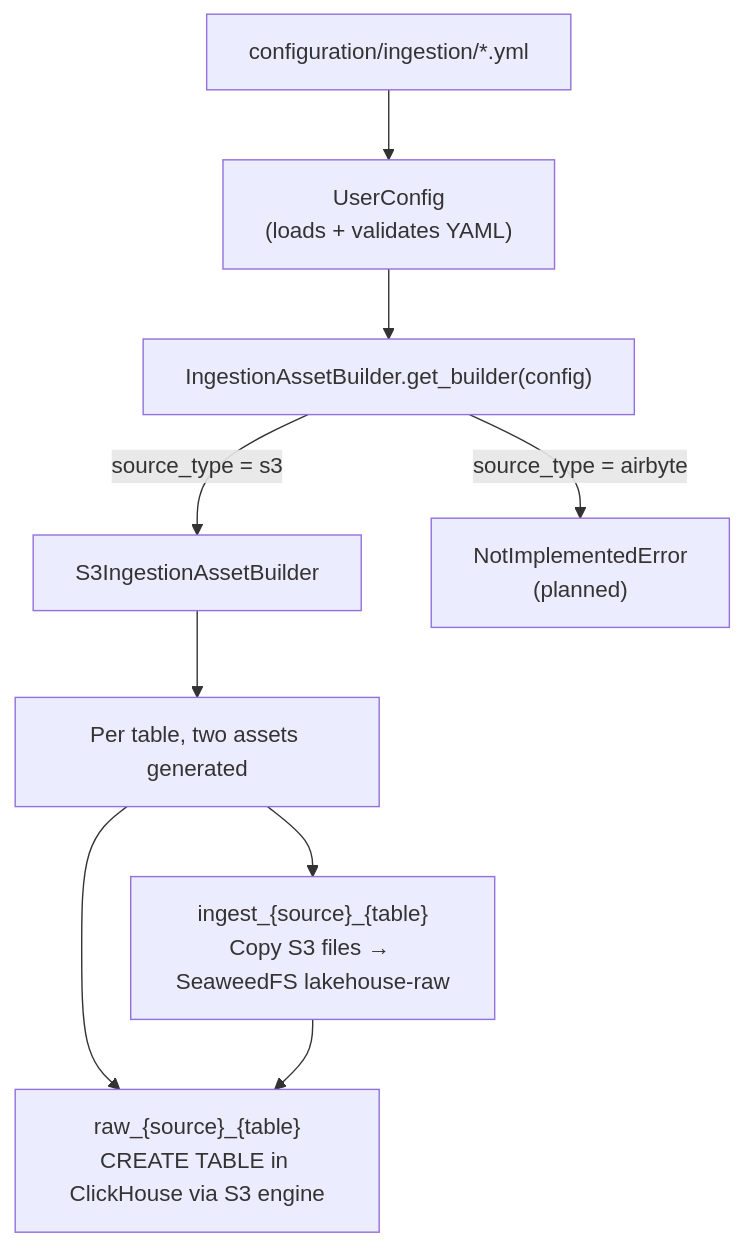
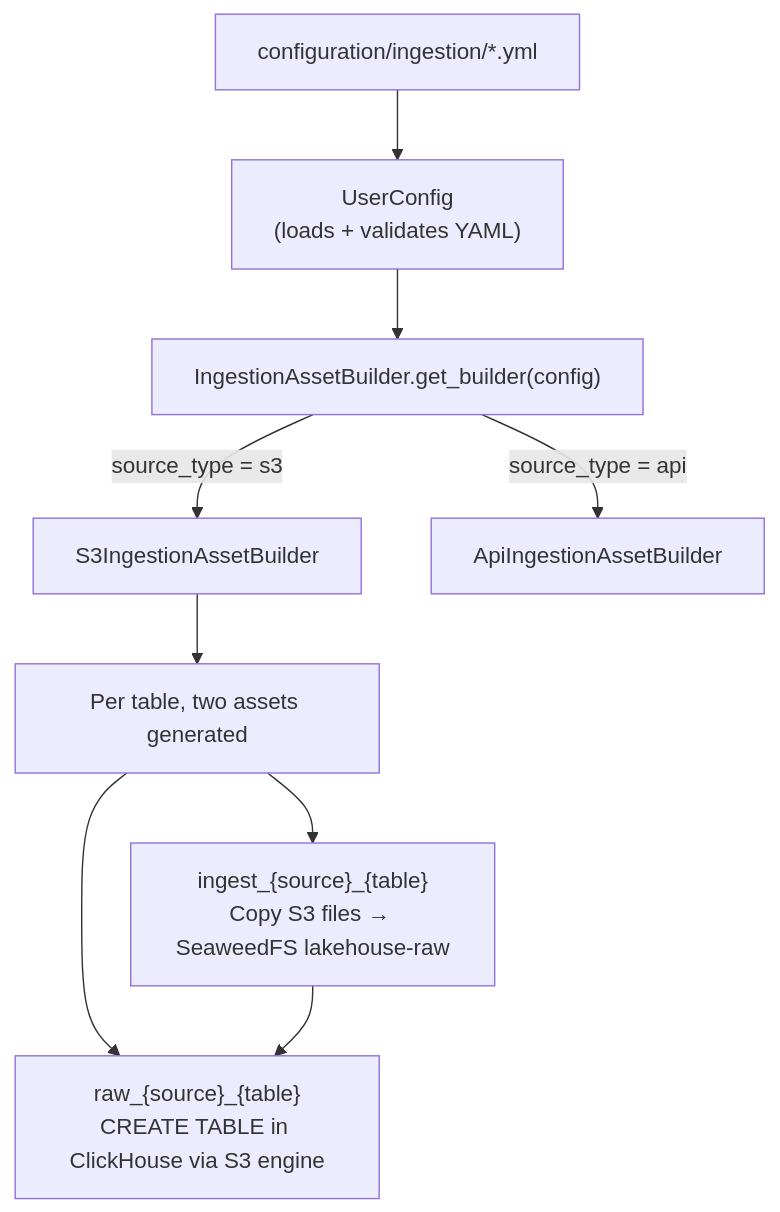
One commit to dfunto/os-data-platform changed the diagram in orchestrator/README.md. Above: the diagram before and after it, drawn with Mermaid. The commit also changed 29 other files, not shown here.

````diff
--- a/orchestrator/README.md
+++ b/orchestrator/README.md
@@ -7,11 +7,11 @@
 ```mermaid
 graph TD
     YAML["configuration/ingestion/*.yml"] --> UC["UserConfig<br/>(loads + validates YAML)"]
     UC --> Factory["IngestionAssetBuilder.get_builder(config)"]
     Factory -->|"source_type = s3"| S3Builder["S3IngestionAssetBuilder"]
-    Factory -->|"source_type = airbyte"| NotImpl["NotImplementedError<br/>(planned)"]
+    Factory -->|"source_type = api"| ApiBuilder["ApiIngestionAssetBuilder"]
     S3Builder --> Assets["Per table, two assets generated"]
     Assets --> Ingest["ingest_{source}_{table}<br/>Copy S3 files → SeaweedFS lakehouse-raw"]
     Assets --> Raw["raw_{source}_{table}<br/>CREATE TABLE in ClickHouse via S3 engine"]
     Ingest --> Raw
 ```
````
